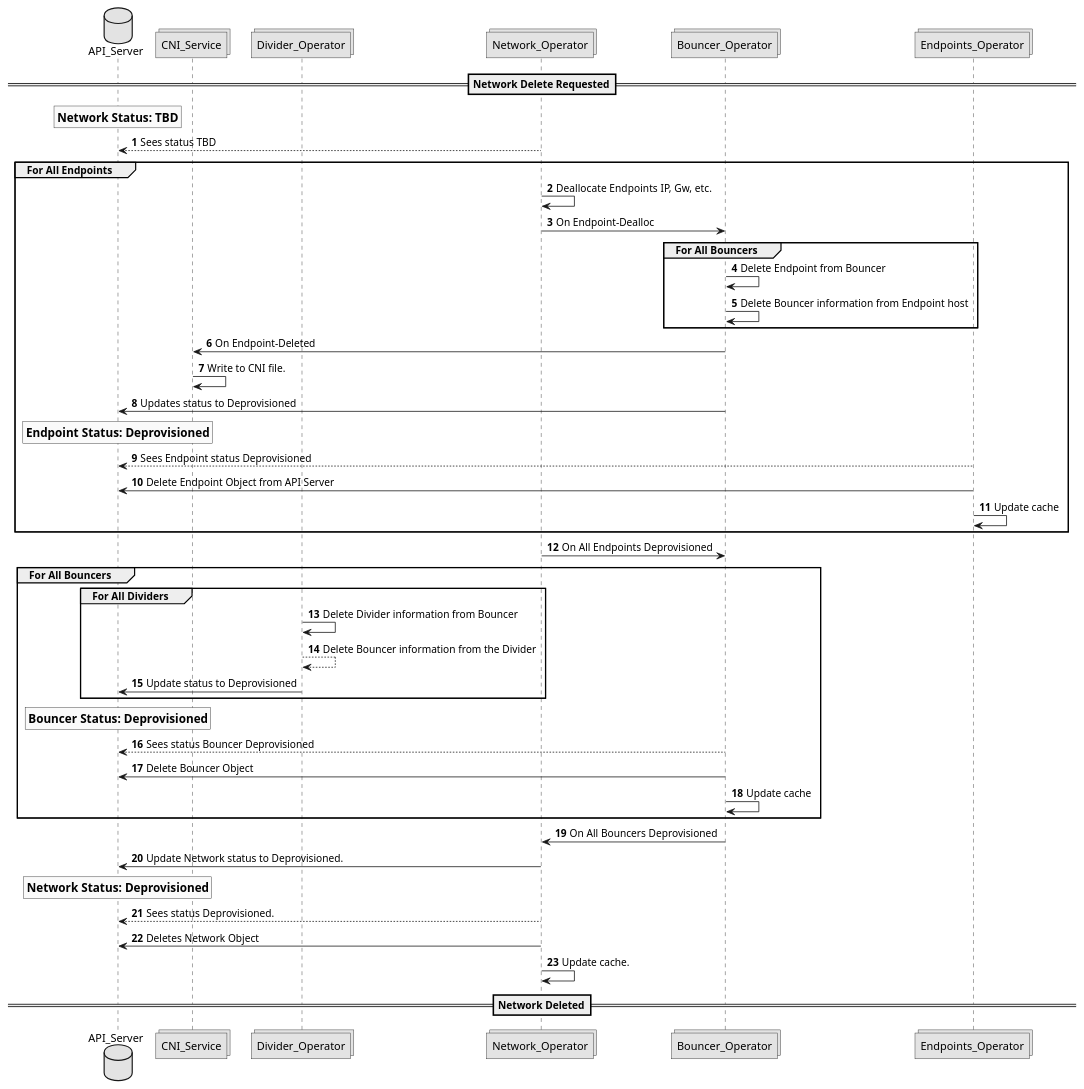
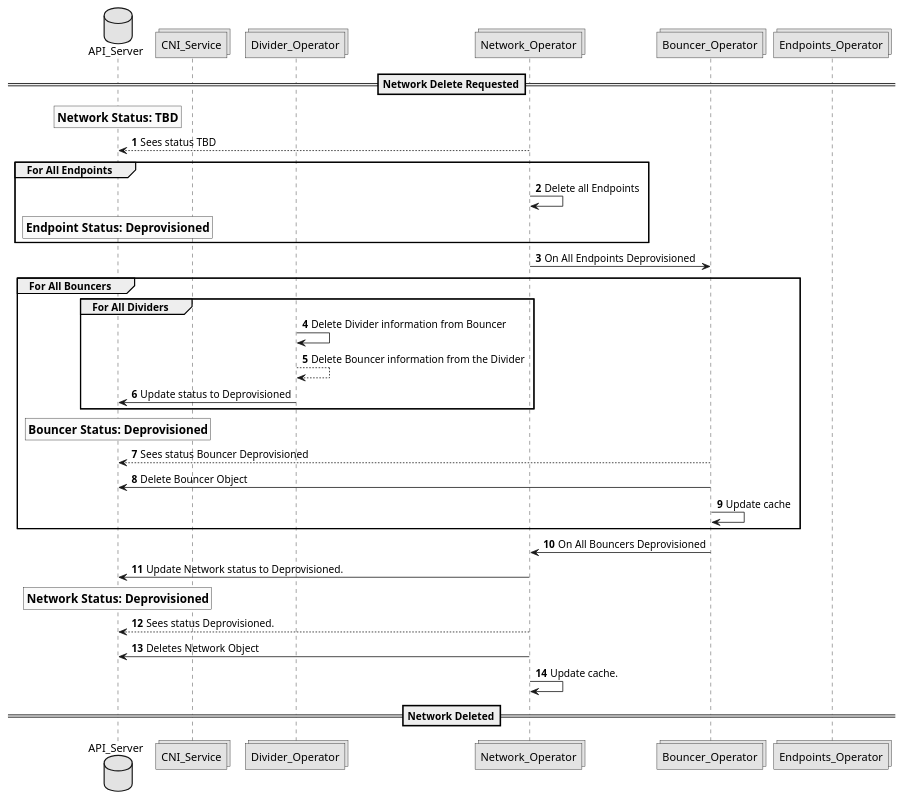
The diagram in Documentation/design/figures/delete_network_workflow.puml (CentaurusInfra/mizar), drawn with PlantUML before and after one commit. The commit also changed 2 other files, not shown here.

Commit message:
Simplify delete workflow

```diff
--- a/Documentation/design/figures/delete_network_workflow.puml
+++ b/Documentation/design/figures/delete_network_workflow.puml
@@ -1,52 +1,41 @@
 @startuml
 
 skinparam monochrome true
 autonumber
 
 database API_Server
 collections CNI_Service
 collections Divider_Operator
 collections Network_Operator
 collections Bouncer_Operator
 collections Endpoints_Operator
 
 ==Network Delete Requested==
 rnote over API_Server: ==Network Status: TBD
 Network_Operator --> API_Server: Sees status TBD
 group For All Endpoints
-Network_Operator -> Network_Operator: Deallocate Endpoints IP, Gw, etc.
-Network_Operator -> Bouncer_Operator: On Endpoint-Dealloc
-group For All Bouncers
-Bouncer_Operator -> Bouncer_Operator: Delete Endpoint from Bouncer
-Bouncer_Operator -> Bouncer_Operator: Delete Bouncer information from Endpoint host
-end
-Bouncer_Operator -> CNI_Service: On Endpoint-Deleted
-CNI_Service -> CNI_Service: Write to CNI file.
-Bouncer_Operator -> API_Server: Updates status to Deprovisioned
+Network_Operator -> Network_Operator: Delete all Endpoints
 rnote over API_Server: ==Endpoint Status: Deprovisioned
-Endpoints_Operator --> API_Server: Sees Endpoint status Deprovisioned
-Endpoints_Operator -> API_Server: Delete Endpoint Object from API Server
-Endpoints_Operator -> Endpoints_Operator: Update cache
 end
 Network_Operator -> Bouncer_Operator: On All Endpoints Deprovisioned
 group For All Bouncers
 group For All Dividers
 Divider_Operator -> Divider_Operator: Delete Divider information from Bouncer
 Divider_Operator --> Divider_Operator: Delete Bouncer information from the Divider
 Divider_Operator -> API_Server: Update status to Deprovisioned
 end
 rnote over API_Server: ==Bouncer Status: Deprovisioned
 Bouncer_Operator --> API_Server: Sees status Bouncer Deprovisioned
 Bouncer_Operator -> API_Server: Delete Bouncer Object
 Bouncer_Operator -> Bouncer_Operator: Update cache
 end
 Bouncer_Operator -> Network_Operator: On All Bouncers Deprovisioned
 Network_Operator -> API_Server: Update Network status to Deprovisioned.
 rnote over API_Server: ==Network Status: Deprovisioned
 Network_Operator --> API_Server: Sees status Deprovisioned.
 Network_Operator -> API_Server: Deletes Network Object
 Network_Operator -> Network_Operator: Update cache.
 
 
 ==Network Deleted==
 @enduml
```
